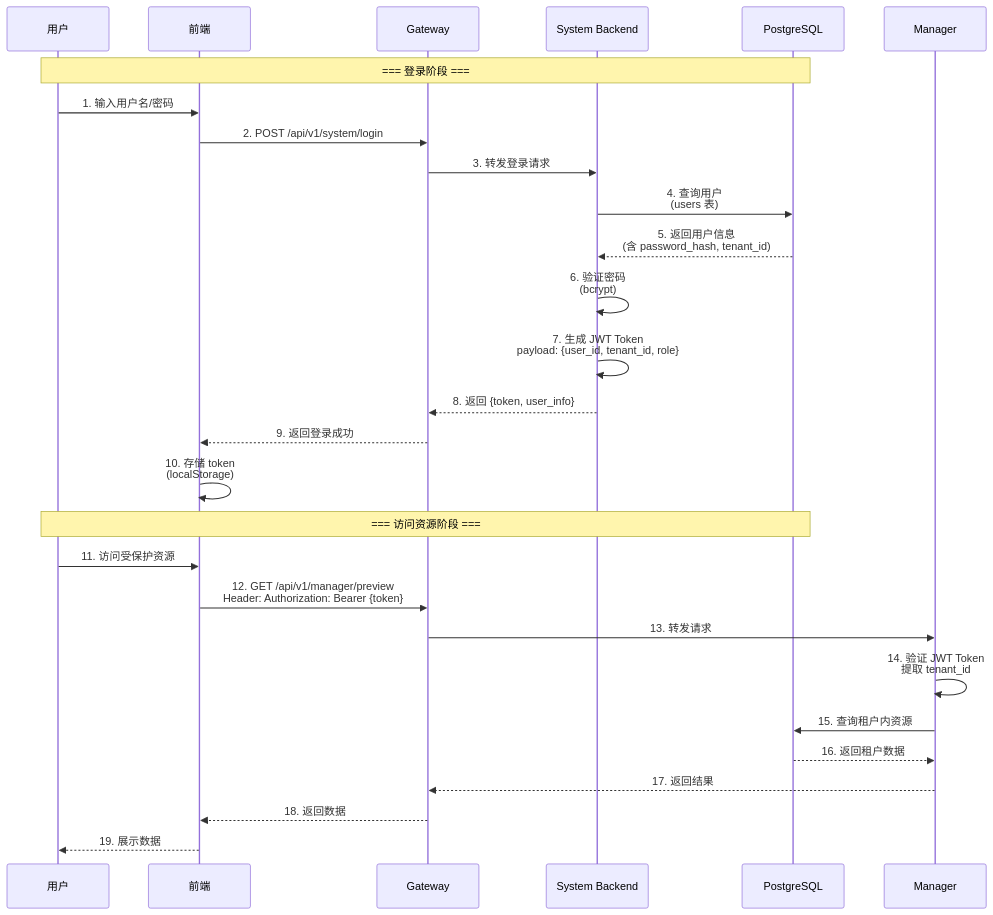
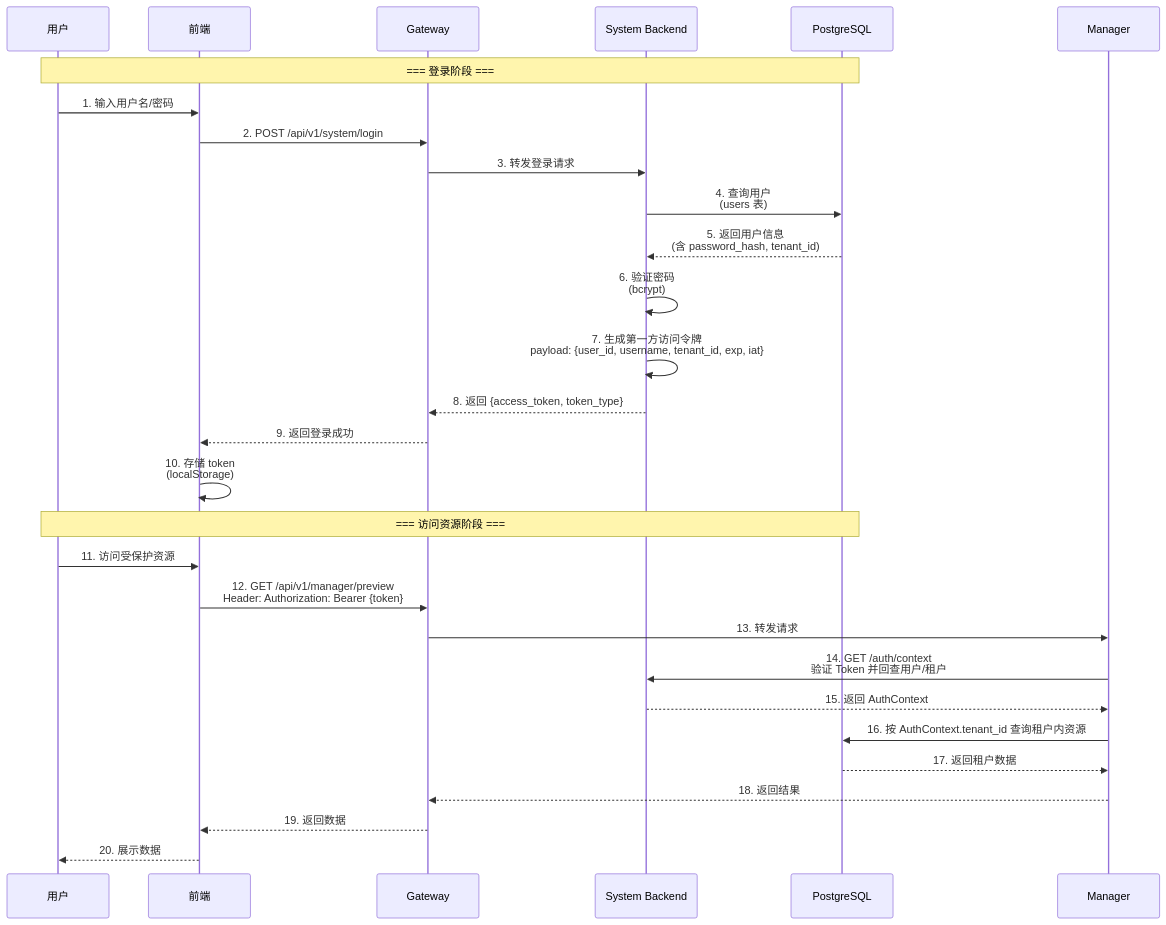
The first of 2 diagrams in docs/concepts/addp登录认证的原理说明.md (pampa0629/addp), drawn with Mermaid before and after one commit. The commit also changed other lines of this file and 377 other files, not shown here.

````diff
--- a/docs/concepts/addp登录认证的原理说明.md
+++ b/docs/concepts/addp登录认证的原理说明.md
@@ -26,33 +31,34 @@
 ```mermaid
 sequenceDiagram
     participant User as 用户
     participant Frontend as 前端
     participant Gateway as Gateway
     participant System as System Backend
     participant DB as PostgreSQL
 
     Note over User,DB: === 登录阶段 ===
 
     User->>Frontend: 1. 输入用户名/密码
     Frontend->>Gateway: 2. POST /api/v1/system/login
     Gateway->>System: 3. 转发登录请求
     System->>DB: 4. 查询用户<br/>(users 表)
     DB-->>System: 5. 返回用户信息<br/>(含 password_hash, tenant_id)
     System->>System: 6. 验证密码<br/>(bcrypt)
-    System->>System: 7. 生成 JWT Token<br/>payload: {user_id, tenant_id, role}
-    System-->>Gateway: 8. 返回 {token, user_info}
+    System->>System: 7. 生成第一方访问令牌<br/>payload: {user_id, username, tenant_id, exp, iat}
+    System-->>Gateway: 8. 返回 {access_token, token_type}
     Gateway-->>Frontend: 9. 返回登录成功
     Frontend->>Frontend: 10. 存储 token<br/>(localStorage)
 
     Note over User,DB: === 访问资源阶段 ===
 
     User->>Frontend: 11. 访问受保护资源
     Frontend->>Gateway: 12. GET /api/v1/manager/preview<br/>Header: Authorization: Bearer {token}
     Gateway->>Manager: 13. 转发请求
-    Manager->>Manager: 14. 验证 JWT Token<br/>提取 tenant_id
-    Manager->>DB: 15. 查询租户内资源
-    DB-->>Manager: 16. 返回租户数据
-    Manager-->>Gateway: 17. 返回结果
-    Gateway-->>Frontend: 18. 返回数据
-    Frontend-->>User: 19. 展示数据
+    Manager->>System: 14. GET /auth/context<br/>验证 Token 并回查用户/租户
+    System-->>Manager: 15. 返回 AuthContext
+    Manager->>DB: 16. 按 AuthContext.tenant_id 查询租户内资源
+    DB-->>Manager: 17. 返回租户数据
+    Manager-->>Gateway: 18. 返回结果
+    Gateway-->>Frontend: 19. 返回数据
+    Frontend-->>User: 20. 展示数据
 ```
````
